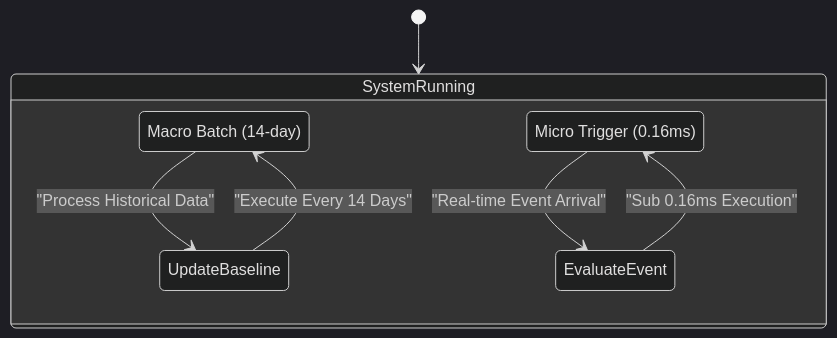
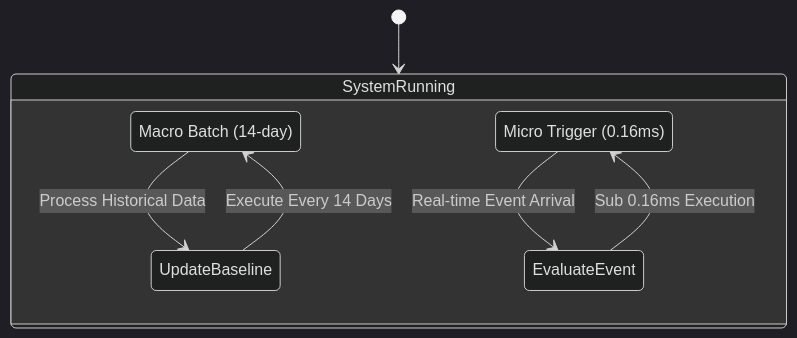
One commit to Neutron-0/ABC-Bank changed the fourth of 8 diagrams in docs/architecture/ai-engine.md. Above: the diagram before and after it, drawn with Mermaid (dark theme). The commit also changed other lines of this file and 33 other files, not shown here.

````diff
--- a/docs/architecture/ai-engine.md
+++ b/docs/architecture/ai-engine.md
@@ -140,14 +140,14 @@
 ```mermaid
 stateDiagram-v2
     [*] --> SystemRunning
     state SystemRunning {
         state "Macro Batch (14-day)" as Macro
         state "Micro Trigger (0.16ms)" as Micro
         
-        Macro --> UpdateBaseline: "Process Historical Data"
-        UpdateBaseline --> Macro: "Execute Every 14 Days"
+        Macro --> UpdateBaseline: Process Historical Data
+        UpdateBaseline --> Macro: Execute Every 14 Days
         
-        Micro --> EvaluateEvent: "Real-time Event Arrival"
-        EvaluateEvent --> Micro: "Sub 0.16ms Execution"
+        Micro --> EvaluateEvent: Real-time Event Arrival
+        EvaluateEvent --> Micro: Sub 0.16ms Execution
     }
 ```
````
